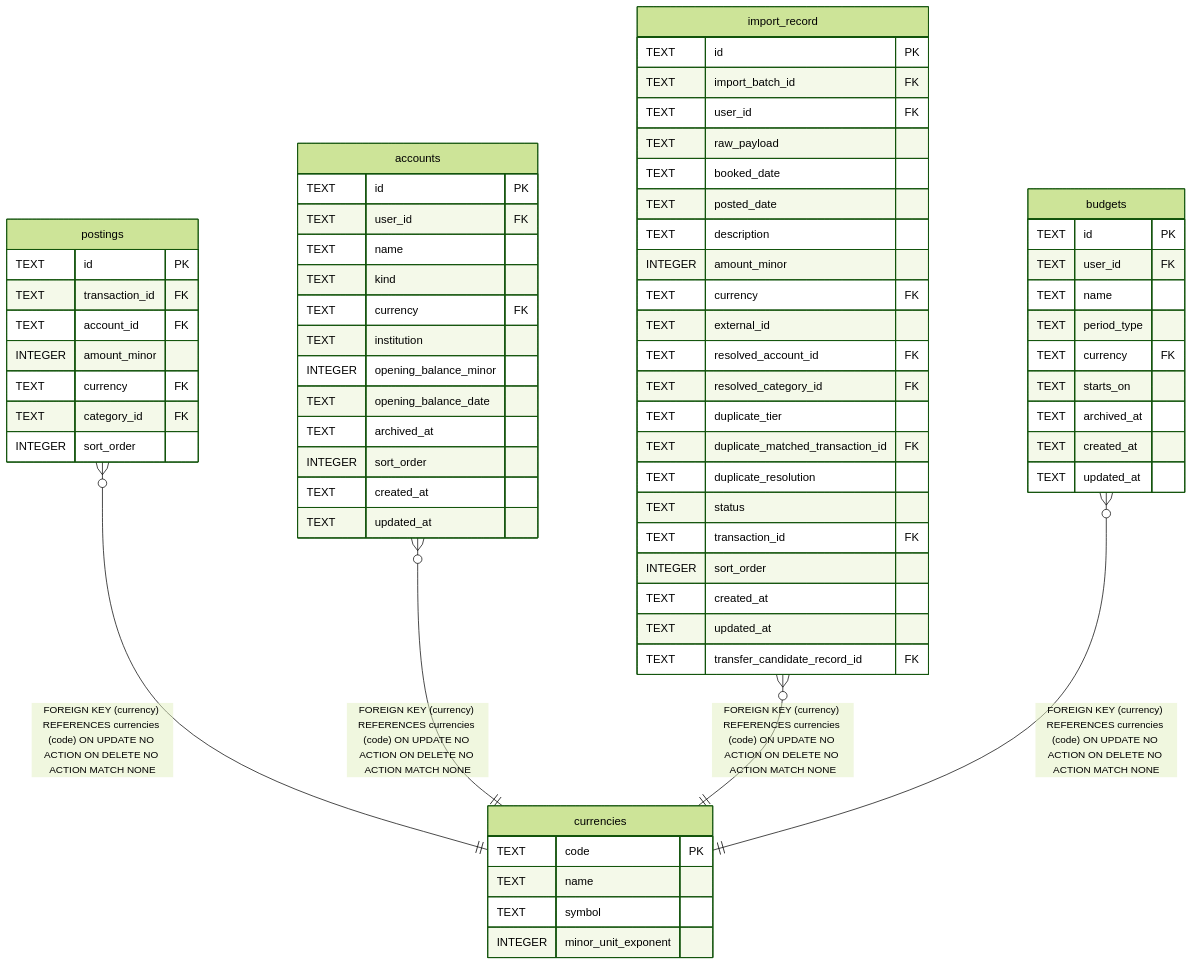
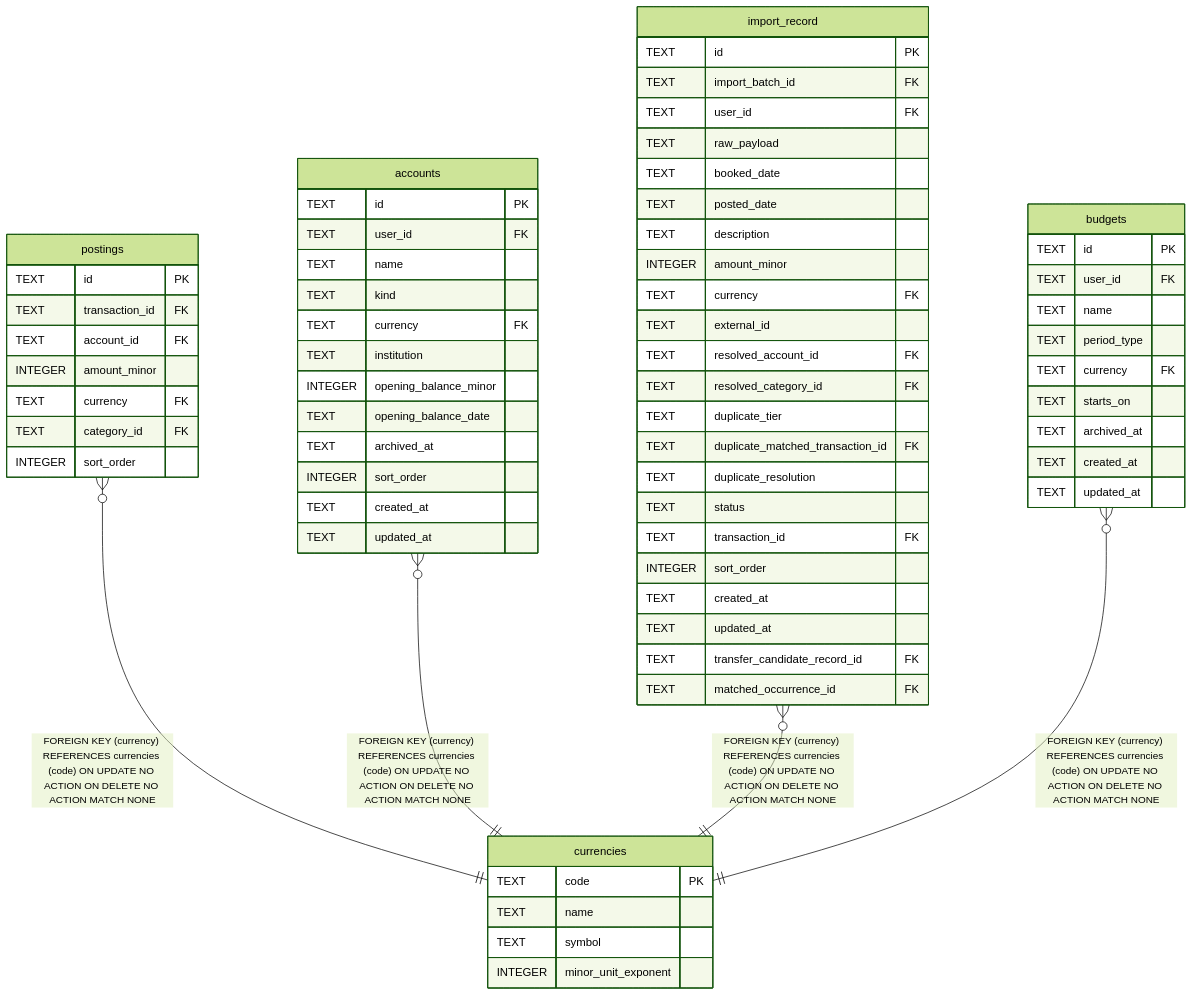
Before and after one commit to anirudhgray/bodger: the diagram in docs/schema/currencies.md, drawn with Mermaid (forest theme). The commit also changed 18 other files, not shown here.

````diff
--- a/docs/schema/currencies.md
+++ b/docs/schema/currencies.md
@@ -43,72 +43,73 @@
 ```mermaid
 erDiagram
 
 "postings" }o--|| "currencies" : "FOREIGN KEY (currency) REFERENCES currencies (code) ON UPDATE NO ACTION ON DELETE NO ACTION MATCH NONE"
 "accounts" }o--|| "currencies" : "FOREIGN KEY (currency) REFERENCES currencies (code) ON UPDATE NO ACTION ON DELETE NO ACTION MATCH NONE"
 "import_record" }o--|| "currencies" : "FOREIGN KEY (currency) REFERENCES currencies (code) ON UPDATE NO ACTION ON DELETE NO ACTION MATCH NONE"
 "budgets" }o--|| "currencies" : "FOREIGN KEY (currency) REFERENCES currencies (code) ON UPDATE NO ACTION ON DELETE NO ACTION MATCH NONE"
 
 "currencies" {
   TEXT code PK
   TEXT name
   TEXT symbol
   INTEGER minor_unit_exponent
 }
 "postings" {
   TEXT id PK
   TEXT transaction_id FK
   TEXT account_id FK
   INTEGER amount_minor
   TEXT currency FK
   TEXT category_id FK
   INTEGER sort_order
 }
 "accounts" {
   TEXT id PK
   TEXT user_id FK
   TEXT name
   TEXT kind
   TEXT currency FK
   TEXT institution
   INTEGER opening_balance_minor
   TEXT opening_balance_date
   TEXT archived_at
   INTEGER sort_order
   TEXT created_at
   TEXT updated_at
 }
 "import_record" {
   TEXT id PK
   TEXT import_batch_id FK
   TEXT user_id FK
   TEXT raw_payload
   TEXT booked_date
   TEXT posted_date
   TEXT description
   INTEGER amount_minor
   TEXT currency FK
   TEXT external_id
   TEXT resolved_account_id FK
   TEXT resolved_category_id FK
   TEXT duplicate_tier
   TEXT duplicate_matched_transaction_id FK
   TEXT duplicate_resolution
   TEXT status
   TEXT transaction_id FK
   INTEGER sort_order
   TEXT created_at
   TEXT updated_at
   TEXT transfer_candidate_record_id FK
+  TEXT matched_occurrence_id FK
 }
 "budgets" {
   TEXT id PK
   TEXT user_id FK
   TEXT name
   TEXT period_type
   TEXT currency FK
   TEXT starts_on
   TEXT archived_at
   TEXT created_at
   TEXT updated_at
 }
 ```
````
